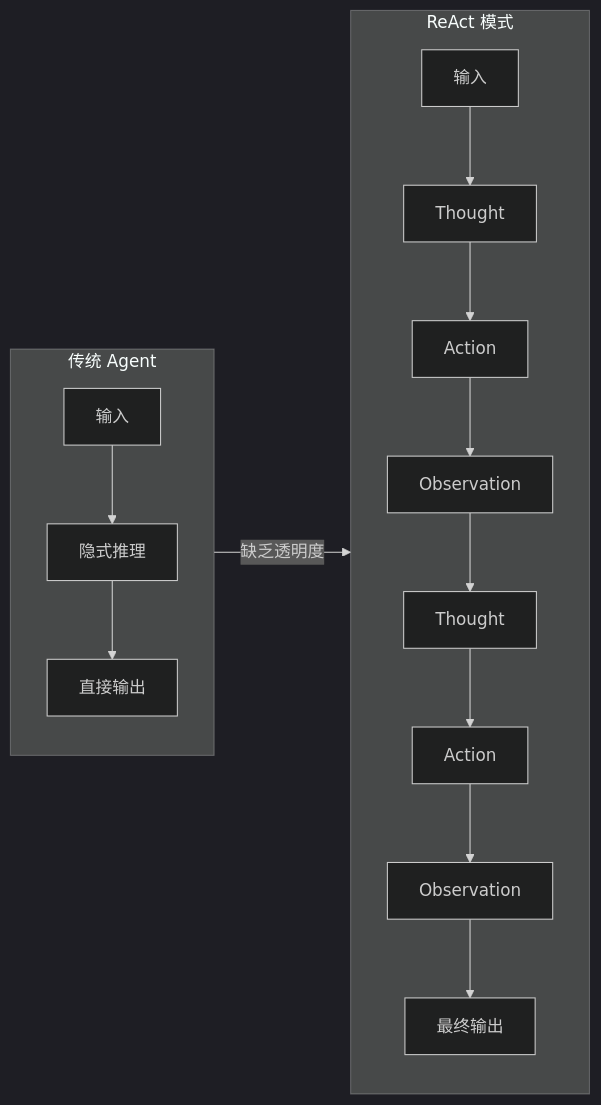
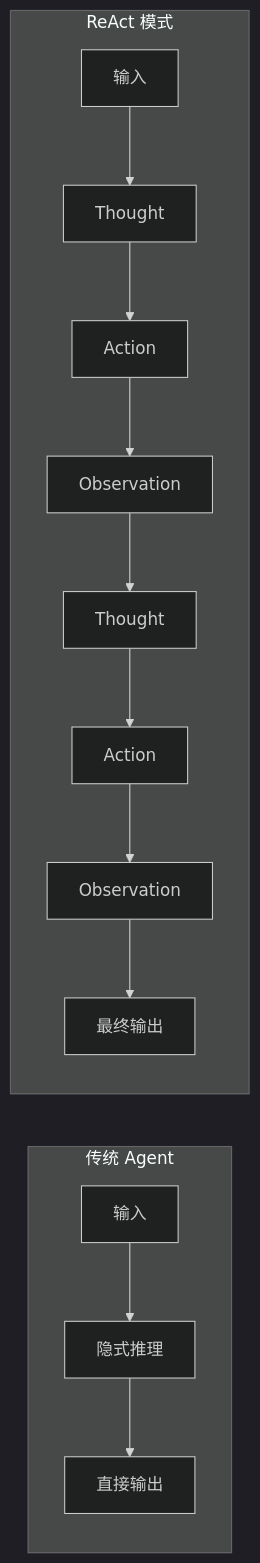
The second of 7 diagrams in docs/agent/reasoning/react-pattern.md (Shyu-x/frontend-interview), drawn with Mermaid (dark theme) before and after one commit. The commit also changed other lines of this file and 58 other files, not shown here.

````diff
--- a/docs/agent/reasoning/react-pattern.md
+++ b/docs/agent/reasoning/react-pattern.md
@@ -72,19 +59,16 @@
 ```mermaid
 flowchart LR
-    subgraph Traditional["传统 Agent"]
+    subgraph "传统 Agent"
         T1["输入"] --> T2["隐式推理"]
         T2 --> T3["直接输出"]
     end
-    
-    subgraph ReAct["ReAct 模式"]
+    subgraph "ReAct 模式"
         R1["输入"] --> R2["Thought"]
         R2 --> R3["Action"]
         R3 --> R4["Observation"]
         R4 --> R5["Thought"]
         R5 --> R6["Action"]
         R6 --> R7["Observation"]
         R7 --> R8["最终输出"]
     end
-    
-    Traditional -->|"缺乏透明度"| ReAct
 ```
````
